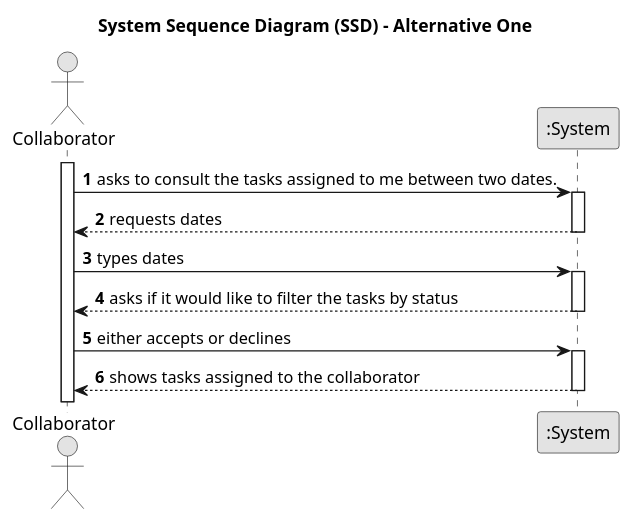
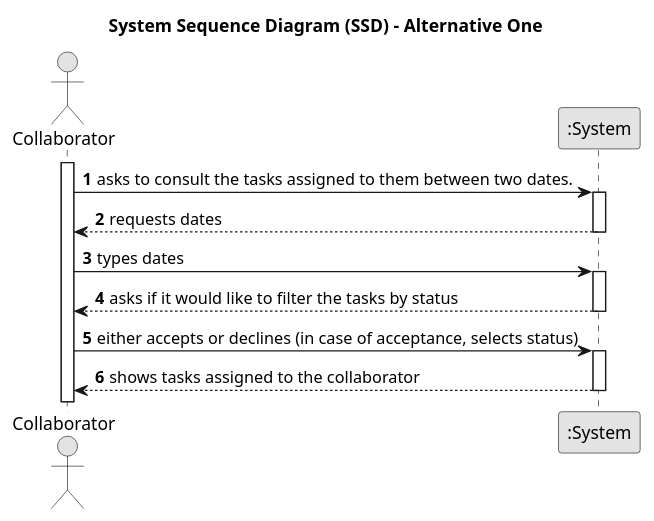
One commit to tiagosoa/lei-24-s2-1dgh-g073 changed the diagram in docs/sprint3/us028/01.requirements-engineering/puml/us028-system-sequence-diagram-alternative-one.puml. Above: the diagram before and after it, drawn with PlantUML. The commit also changed 20 other files, not shown here.

```diff
--- a/docs/sprint3/us028/01.requirements-engineering/puml/us028-system-sequence-diagram-alternative-one.puml
+++ b/docs/sprint3/us028/01.requirements-engineering/puml/us028-system-sequence-diagram-alternative-one.puml
@@ -1,33 +1,33 @@
 @startuml
 skinparam monochrome true
 skinparam packageStyle rectangle
 skinparam shadowing false
 
 title System Sequence Diagram (SSD) - Alternative One
 
 autonumber
 
 actor "Collaborator" as Collaborator
 participant ":System" as System
 
 activate Collaborator
 
-    Collaborator -> System : asks to consult the tasks assigned to me between two dates.
+    Collaborator -> System : asks to consult the tasks assigned to them between two dates.
     activate System
 
     System --> Collaborator : requests dates
     deactivate System
 
     Collaborator -> System : types dates
     activate System
 
     System --> Collaborator : asks if it would like to filter the tasks by status
     deactivate System
 
-    Collaborator -> System : either accepts or declines
+    Collaborator -> System : either accepts or declines (in case of acceptance, selects status)
     activate System
 
     System --> Collaborator : shows tasks assigned to the collaborator
     deactivate System
 
 @enduml
```
